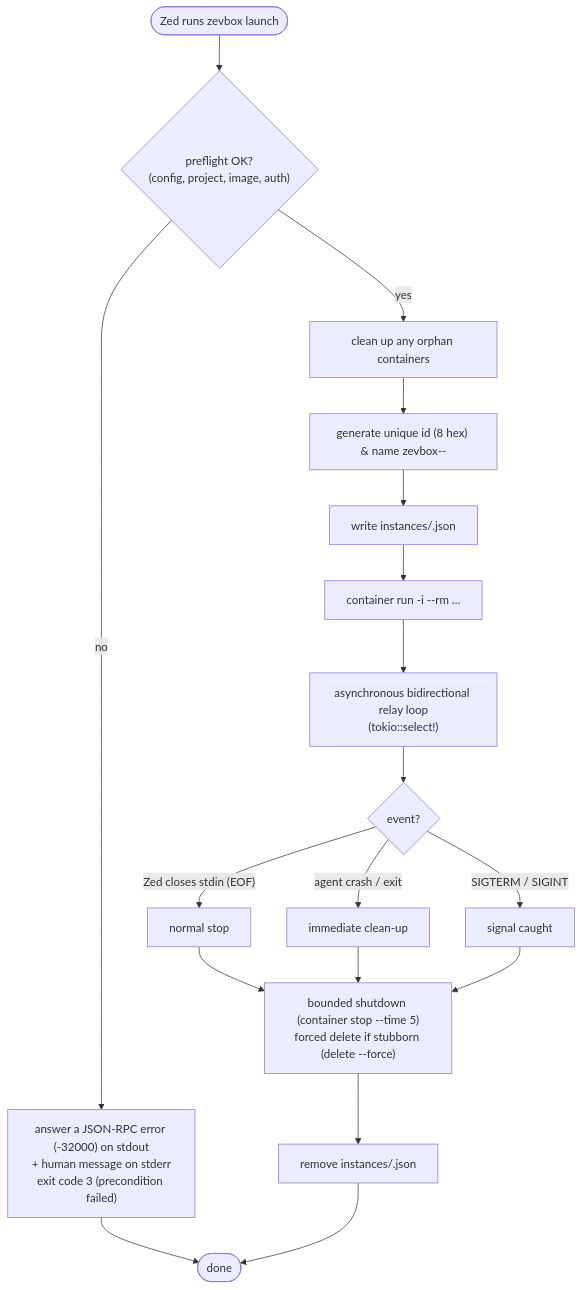
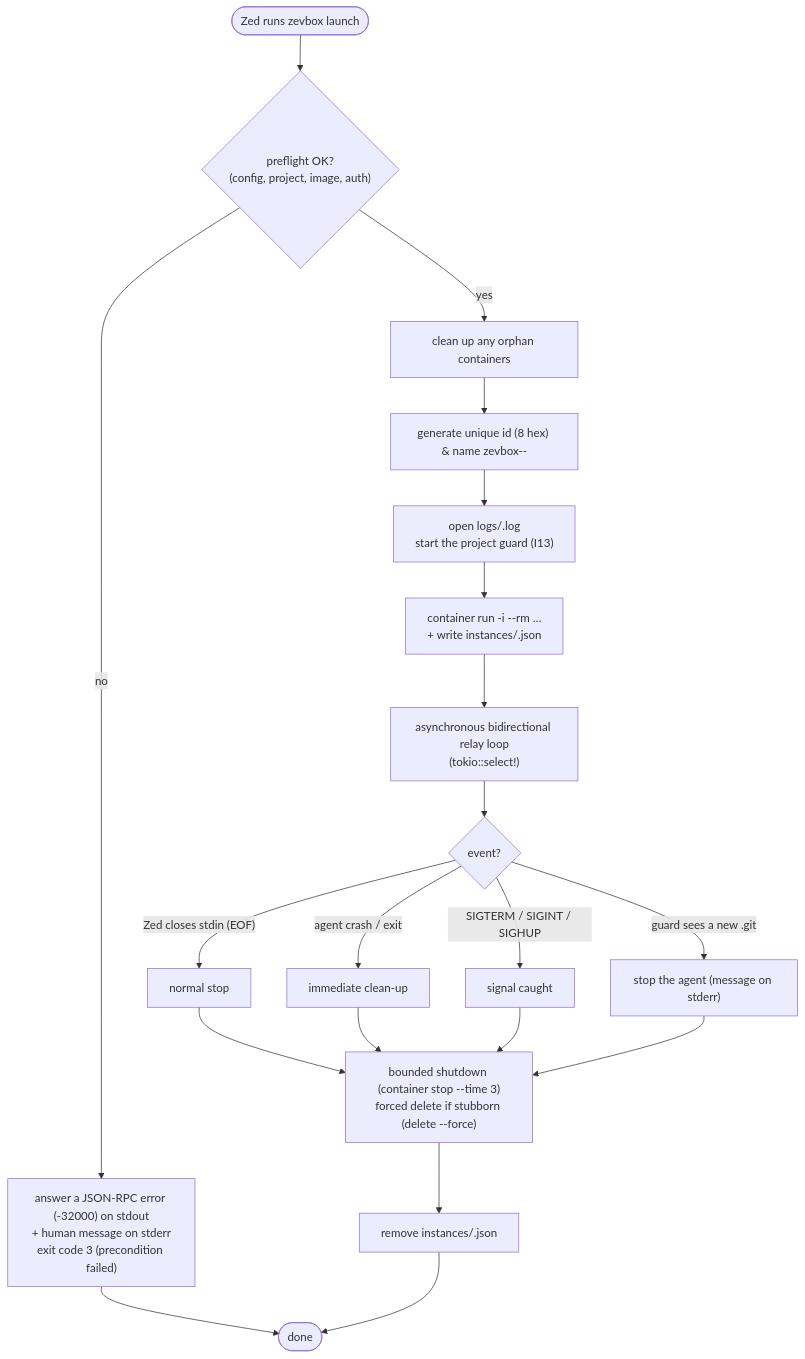
The fifth of 8 diagrams in docs/ARCHITECTURE.md (brainztorm/zevbox), drawn with Mermaid before and after one commit. The commit also changed other lines of this file and 12 other files, not shown here.

````diff
--- a/docs/ARCHITECTURE.md
+++ b/docs/ARCHITECTURE.md
@@ -221,25 +225,27 @@
 ```mermaid
 flowchart TD
     Start(["Zed runs zevbox launch"]) --> PreflightCheck{"preflight OK?\n(config, project, image, auth)"}
 
     PreflightCheck -- "no" --> ErrReply["answer a JSON-RPC error (-32000) on stdout\n+ human message on stderr\nexit code 3 (precondition failed)"]
     ErrReply --> EndExit(["done"])
 
     PreflightCheck -- "yes" --> CleanPre["clean up any orphan containers"]
     CleanPre --> GenID["generate unique id (8 hex) & name zevbox-<agent>-<id8>"]
-    GenID --> SaveRec["write instances/<id8>.json"]
-    SaveRec --> SpawnVM["container run -i --rm …"]
+    GenID --> Guard["open logs/<id8>.log\nstart the project guard (I13)"]
+    Guard --> SpawnVM["container run -i --rm …\n+ write instances/<id8>.json"]
     SpawnVM --> Loop["asynchronous bidirectional relay loop\n(tokio::select!)"]
 
     Loop --> EventCheck{"event?"}
     EventCheck -- "Zed closes stdin (EOF)" --> StopNormal["normal stop"]
     EventCheck -- "agent crash / exit" --> StopCrash["immediate clean-up"]
-    EventCheck -- "SIGTERM / SIGINT" --> StopSig["signal caught"]
+    EventCheck -- "guard sees a new .git" --> StopGuard["stop the agent (message on stderr)"]
+    EventCheck -- "SIGTERM / SIGINT / SIGHUP" --> StopSig["signal caught"]
 
-    StopNormal --> ShutdownBound["bounded shutdown (container stop --time 5)\nforced delete if stubborn (delete --force)"]
+    StopNormal --> ShutdownBound["bounded shutdown (container stop --time 3)\nforced delete if stubborn (delete --force)"]
     StopCrash --> ShutdownBound
     StopSig --> ShutdownBound
+    StopGuard --> ShutdownBound
 
     ShutdownBound --> DelRec["remove instances/<id8>.json"]
     DelRec --> EndExit
 ```
````
